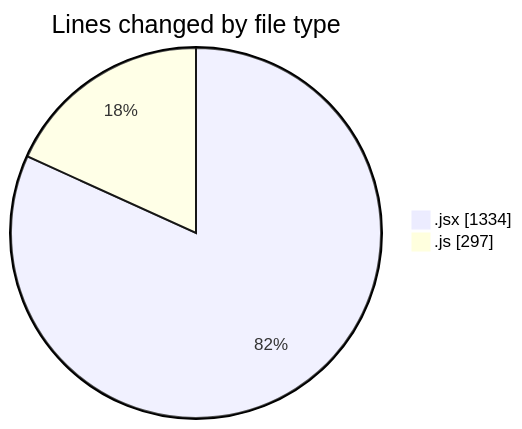
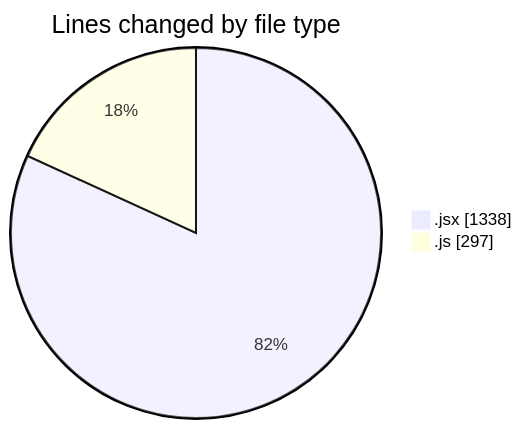
Before and after one commit to nxtqubesakshisongat/code-tracking: the first of 2 diagrams in 2025-11-17/argos/README.md, drawn with Mermaid. The commit also changed other lines of this file and 1 other file, not shown here.

````diff
--- a/2025-11-17/argos/README.md
+++ b/2025-11-17/argos/README.md
@@ -21,6 +21,6 @@
 ```mermaid
 pie showData
 title Lines changed by file type
-".jsx" : 1334
+".jsx" : 1338
 ".js" : 297
 ```
````
